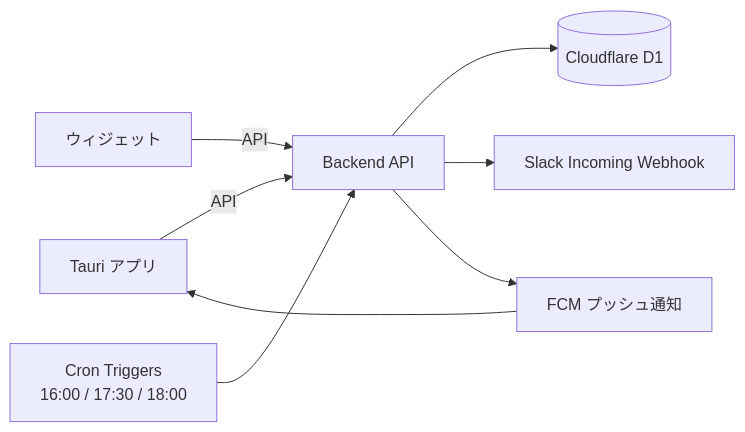
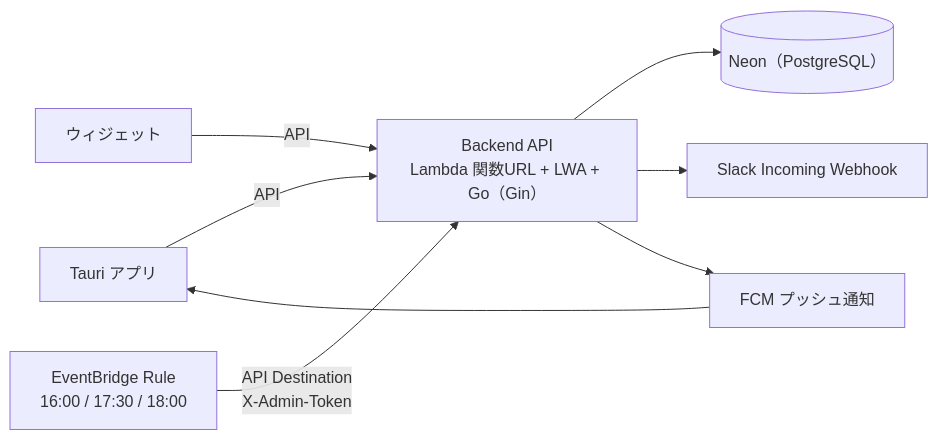
The diagram in docs/DesignDoc.md (nishi240masa/meshi-iko), drawn with Mermaid before and after one commit. The commit also changed other lines of this file, not shown here.

Commit message:
update: 最終更新日を2026-09-21に変更し、データベースをNeon（PostgreSQL）に変更。定時処理の設定をEventBridge RuleとAPI Destinationに更新。

````diff
--- a/docs/DesignDoc.md
+++ b/docs/DesignDoc.md
@@ -107,10 +107,10 @@
 ```mermaid
 flowchart LR
-  A["Tauri アプリ"] -->|API| B["Backend API"]
+  A["Tauri アプリ"] -->|API| B["Backend API<br/>Lambda 関数URL + LWA + Go（Gin）"]
   W["ウィジェット"] -->|API| B
-  B --> C[("Cloudflare D1")]
-  T["Cron Triggers<br/>16:00 / 17:30 / 18:00"] --> B
+  B --> C[("Neon（PostgreSQL）")]
+  T["EventBridge Rule<br/>16:00 / 17:30 / 18:00"] -->|"API Destination<br/>X-Admin-Token"| B
   B --> S["Slack Incoming Webhook"]
   B --> N["FCM プッシュ通知"]
   N --> A
 ```
````
